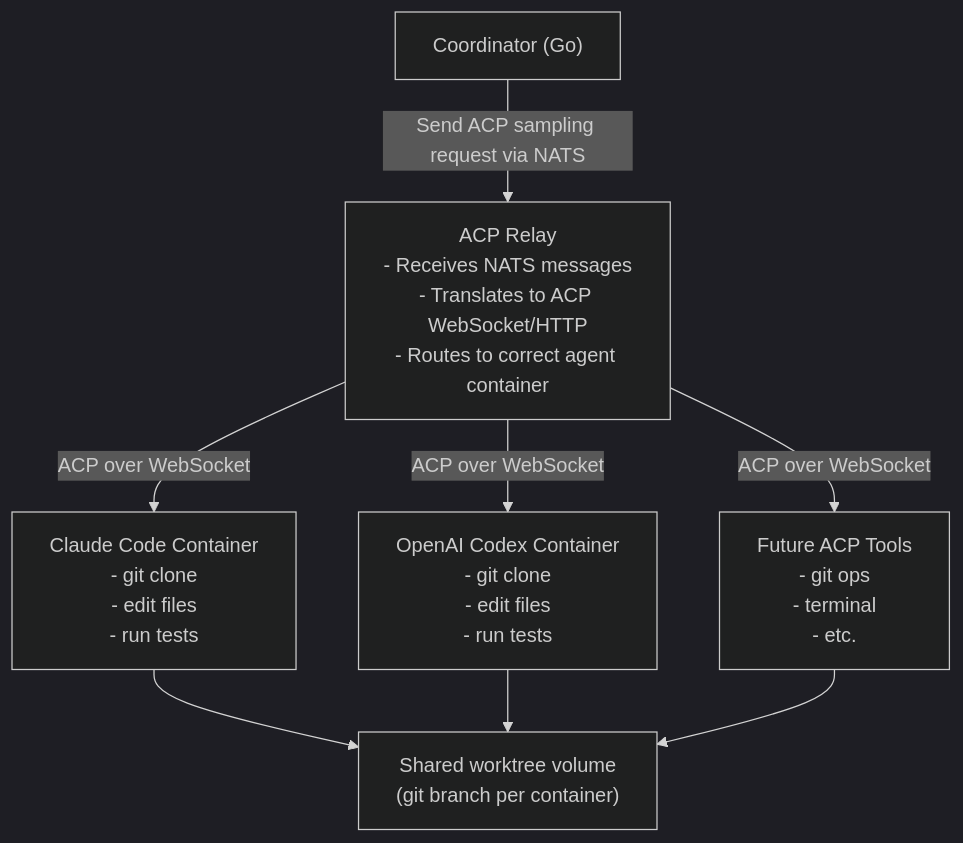
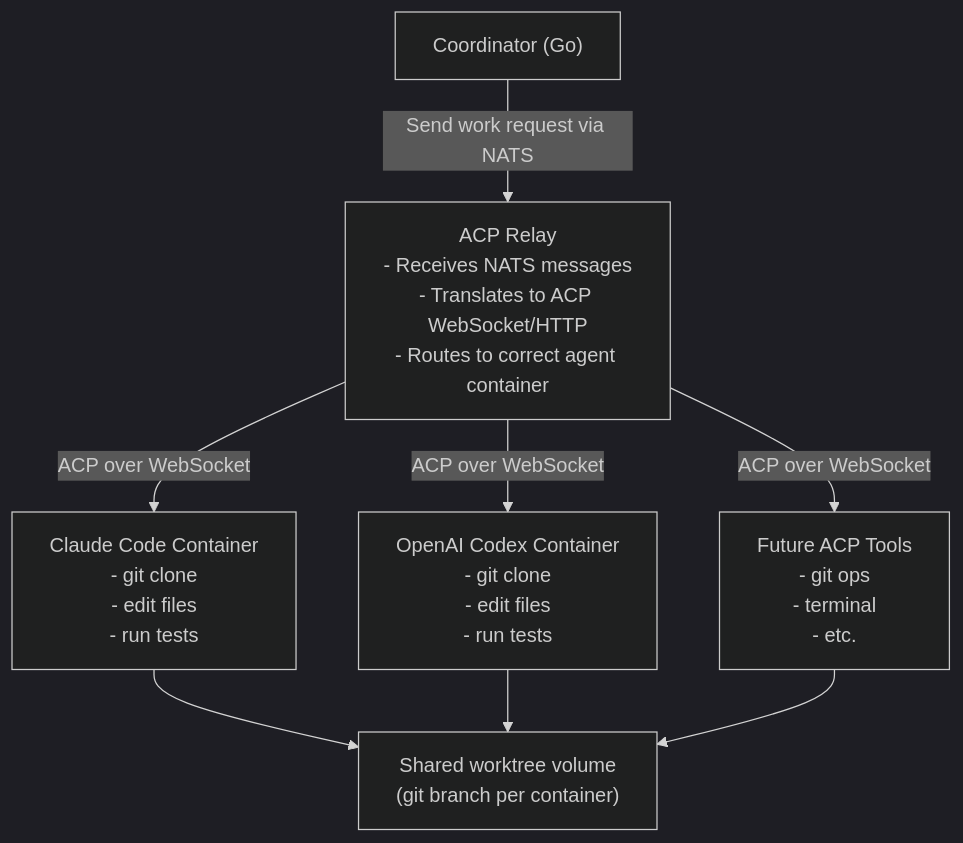
One commit to 2389-research/ourocodus changed the diagram in docs/ACP.md. Above: the diagram before and after it, drawn with Mermaid (dark theme). The commit also changed other lines of this file and 3 other files, not shown here.

First line of the commit message:
fix: improve Mermaid syntax and replace confusing 'sampling' terminology

````diff
--- a/docs/ACP.md
+++ b/docs/ACP.md
@@ -55,17 +55,17 @@
 ```mermaid
 flowchart TD
     Coordinator["Coordinator (Go)"]
     Relay["ACP Relay<br/>- Receives NATS messages<br/>- Translates to ACP WebSocket/HTTP<br/>- Routes to correct agent container"]
     Claude["Claude Code Container<br/>- git clone<br/>- edit files<br/>- run tests"]
     OpenAI["OpenAI Codex Container<br/>- git clone<br/>- edit files<br/>- run tests"]
     Future["Future ACP Tools<br/>- git ops<br/>- terminal<br/>- etc."]
     Worktree["Shared worktree volume<br/>(git branch per container)"]
 
-    Coordinator -->|Send ACP sampling request via NATS| Relay
-    Relay -->|ACP over WebSocket| Claude
-    Relay -->|ACP over WebSocket| OpenAI
-    Relay -->|ACP over WebSocket| Future
+    Coordinator -->|"Send work request via NATS"| Relay
+    Relay -->|"ACP over WebSocket"| Claude
+    Relay -->|"ACP over WebSocket"| OpenAI
+    Relay -->|"ACP over WebSocket"| Future
     Claude --> Worktree
     OpenAI --> Worktree
     Future --> Worktree
 ```
````
